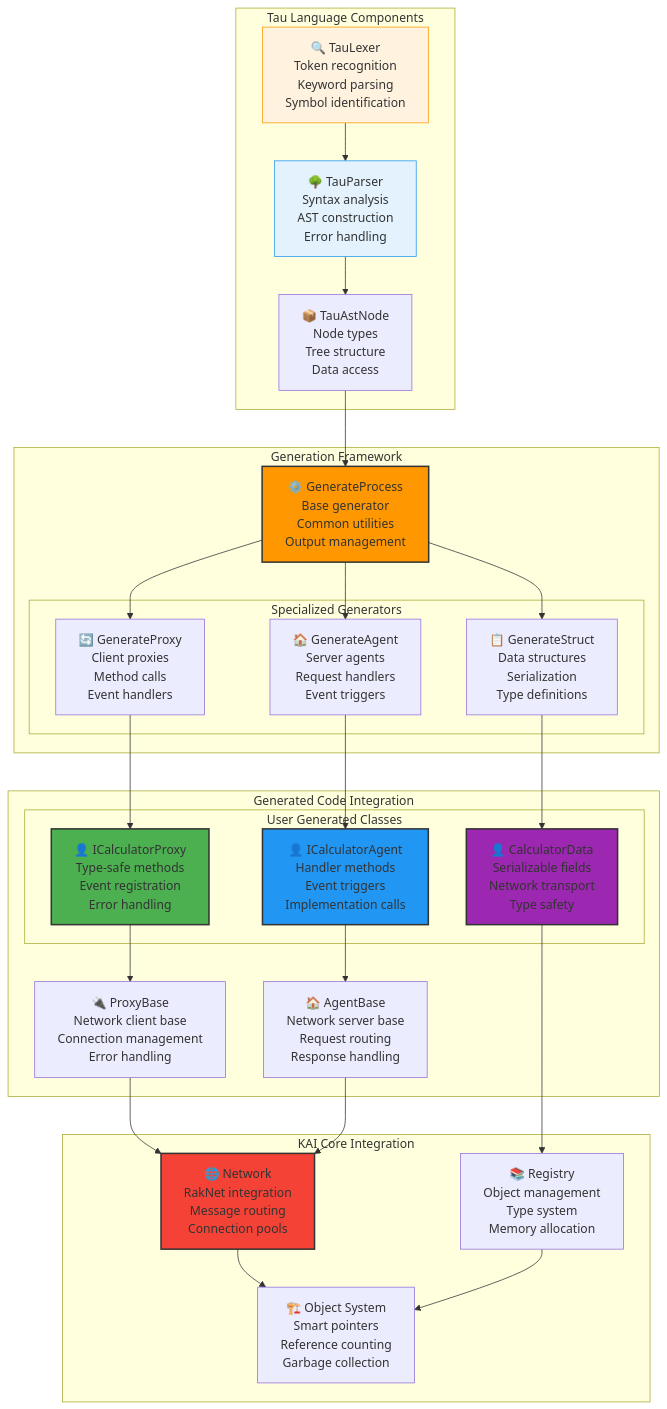
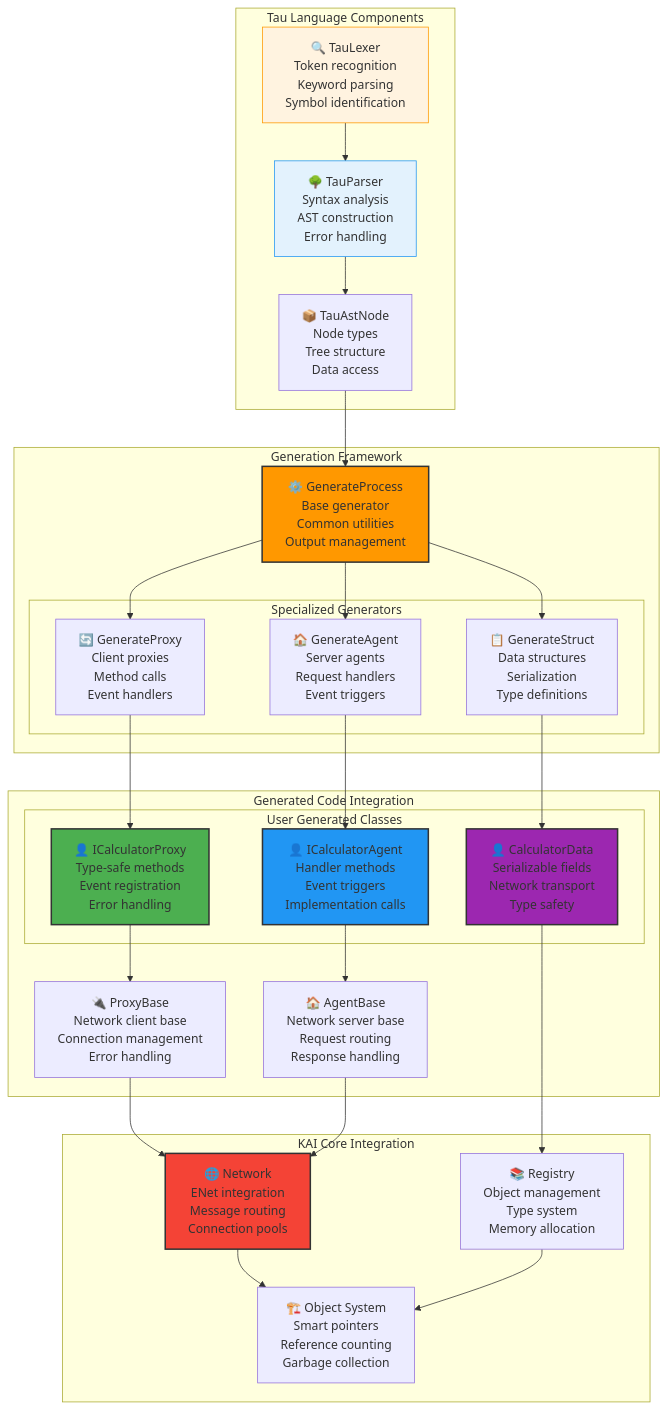
Before and after one commit to cschladetsch/CppKAI: the fifth of 7 diagrams in Doc/TauArchitectureDiagrams.md, drawn with Mermaid. The commit also changed other lines of this file and 136 other files, not shown here.

Commit message:
Remove RakNet and add ENet transport abstraction

````diff
--- a/Doc/TauArchitectureDiagrams.md
+++ b/Doc/TauArchitectureDiagrams.md
@@ -302,67 +302,67 @@
 ```mermaid
 graph TB
     subgraph "Tau Language Components"
         TauLexer["🔍 TauLexer<br/>Token recognition<br/>Keyword parsing<br/>Symbol identification"]
         TauParser["🌳 TauParser<br/>Syntax analysis<br/>AST construction<br/>Error handling"]
         TauAstNode["📦 TauAstNode<br/>Node types<br/>Tree structure<br/>Data access"]
     end
     
     subgraph "Generation Framework"
         GenerateProcess["⚙️ GenerateProcess<br/>Base generator<br/>Common utilities<br/>Output management"]
         
         subgraph "Specialized Generators"
             GenerateProxy["🔄 GenerateProxy<br/>Client proxies<br/>Method calls<br/>Event handlers"]
             GenerateAgent["🏠 GenerateAgent<br/>Server agents<br/>Request handlers<br/>Event triggers"]
             GenerateStruct["📋 GenerateStruct<br/>Data structures<br/>Serialization<br/>Type definitions"]
         end
     end
     
     subgraph "Generated Code Integration"
         ProxyBase["🔌 ProxyBase<br/>Network client base<br/>Connection management<br/>Error handling"]
         AgentBase["🏠 AgentBase<br/>Network server base<br/>Request routing<br/>Response handling"]
         
         subgraph "User Generated Classes"
             UserProxy["👤 ICalculatorProxy<br/>Type-safe methods<br/>Event registration<br/>Error handling"]
             UserAgent["👤 ICalculatorAgent<br/>Handler methods<br/>Event triggers<br/>Implementation calls"]
             UserStruct["👤 CalculatorData<br/>Serializable fields<br/>Network transport<br/>Type safety"]
         end
     end
     
     subgraph "KAI Core Integration"
         Registry["📚 Registry<br/>Object management<br/>Type system<br/>Memory allocation"]
-        Network["🌐 Network<br/>RakNet integration<br/>Message routing<br/>Connection pools"]
+        Network["🌐 Network<br/>ENet integration<br/>Message routing<br/>Connection pools"]
         ObjectSystem["🏗️ Object System<br/>Smart pointers<br/>Reference counting<br/>Garbage collection"]
     end
     
     %% Language processing flow
     TauLexer --> TauParser
     TauParser --> TauAstNode
     
     %% Generation flow
     TauAstNode --> GenerateProcess
     GenerateProcess --> GenerateProxy
     GenerateProcess --> GenerateAgent  
     GenerateProcess --> GenerateStruct
     
     %% Generated code hierarchy
     GenerateProxy --> UserProxy
     GenerateAgent --> UserAgent
     GenerateStruct --> UserStruct
     
     %% Runtime integration
     UserProxy --> ProxyBase
     UserAgent --> AgentBase
     ProxyBase --> Network
     AgentBase --> Network
     UserStruct --> Registry
     Network --> ObjectSystem
     Registry --> ObjectSystem
     
     style TauLexer fill:#fff3e0,stroke:#ff9800
     style TauParser fill:#e3f2fd,stroke:#2196f3
     style GenerateProcess fill:#ff9800,stroke:#333,stroke-width:2px
     style UserProxy fill:#4caf50,stroke:#333,stroke-width:2px
     style UserAgent fill:#2196f3,stroke:#333,stroke-width:2px
     style UserStruct fill:#9c27b0,stroke:#333,stroke-width:2px
     style Network fill:#f44336,stroke:#333,stroke-width:2px
 ```
````
